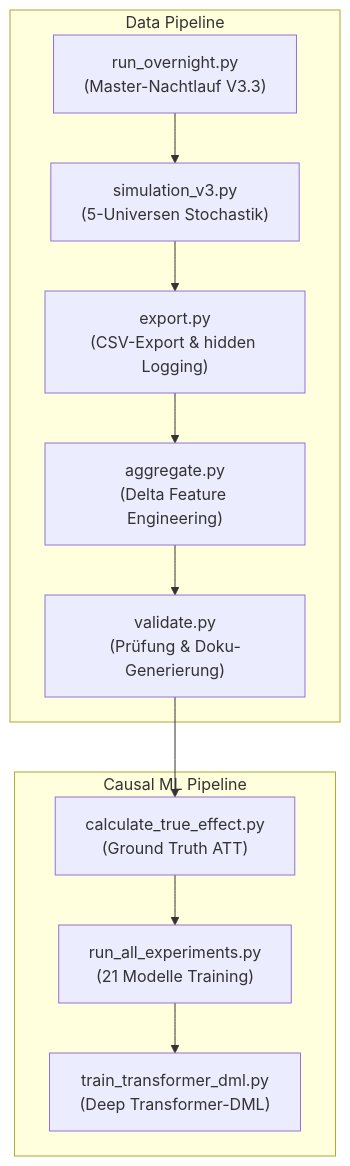
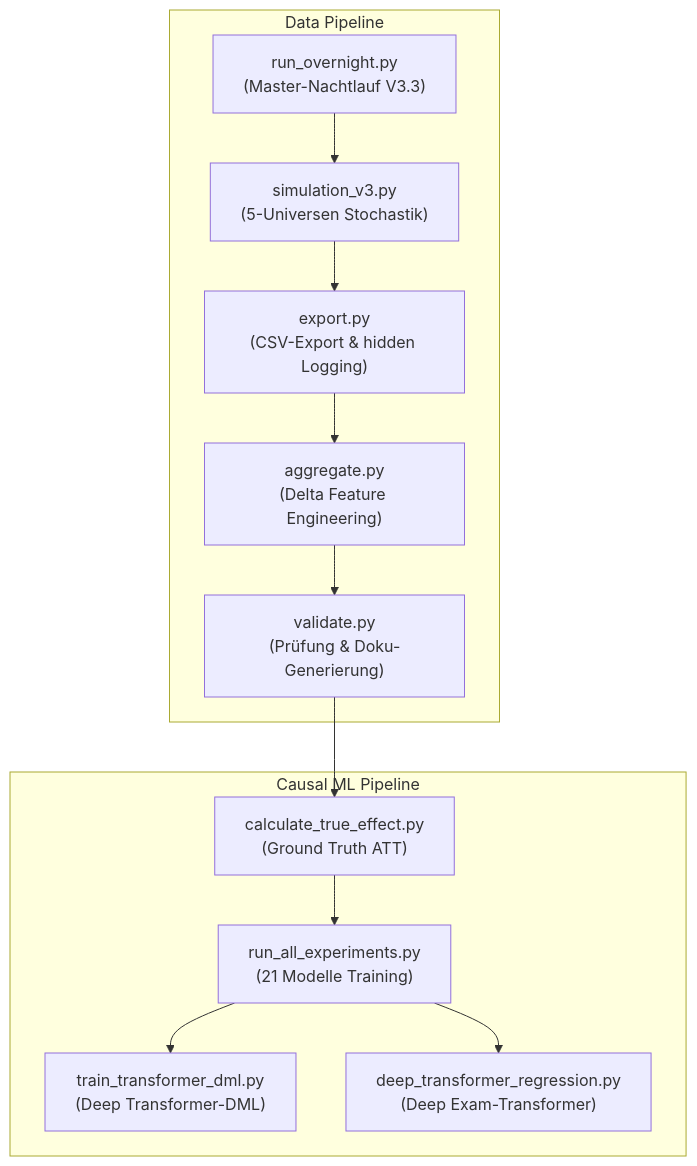
The diagram in README.md (mAInbrAIn-wk/DeepHSSurvial), drawn with Mermaid before and after one commit. The commit also changed other lines of this file and 2 other files, not shown here.

````diff
--- a/README.md
+++ b/README.md
@@ -117,15 +117,16 @@
 ```mermaid
 flowchart TD
     subgraph Data Pipeline
         A["run_overnight.py\n(Master-Nachtlauf V3.3)"] --> B["simulation_v3.py\n(5-Universen Stochastik)"]
         B --> C["export.py\n(CSV-Export & hidden Logging)"]
         C --> D["aggregate.py\n(Delta Feature Engineering)"]
         D --> E["validate.py\n(Prüfung & Doku-Generierung)"]
     end
 
     subgraph Causal ML Pipeline
         E --> F["calculate_true_effect.py\n(Ground Truth ATT)"]
         F --> G["run_all_experiments.py\n(21 Modelle Training)"]
         G --> H["train_transformer_dml.py\n(Deep Transformer-DML)"]
+        G --> I["deep_transformer_regression.py\n(Deep Exam-Transformer)"]
     end
 ```
````
